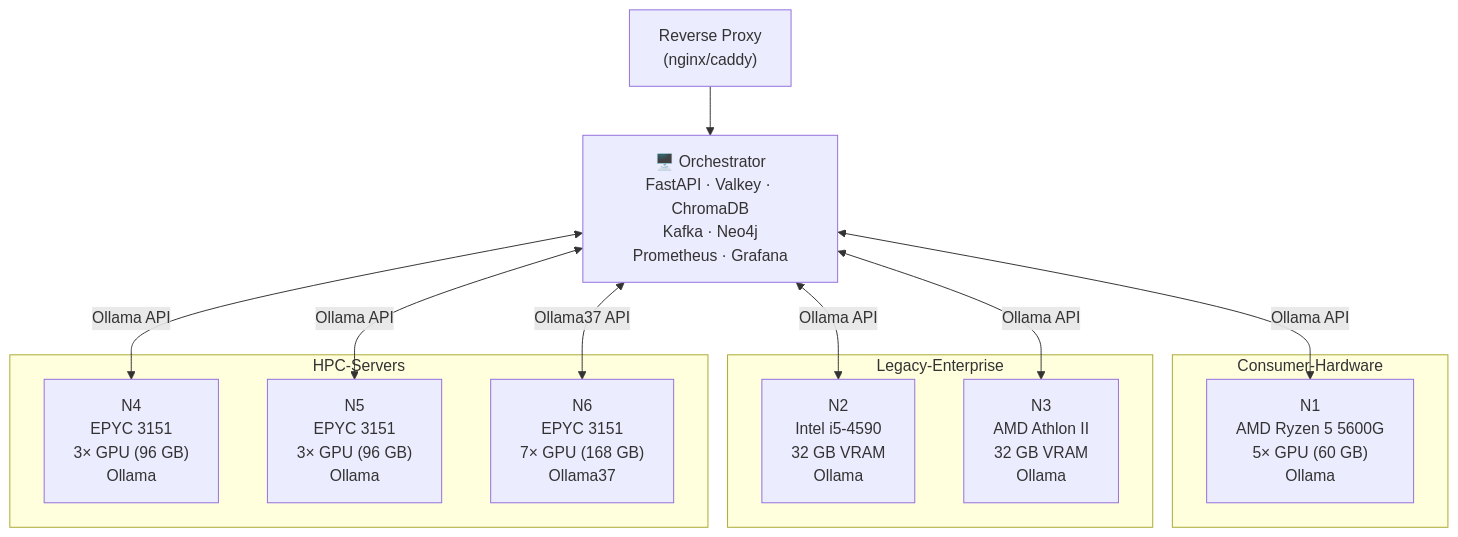
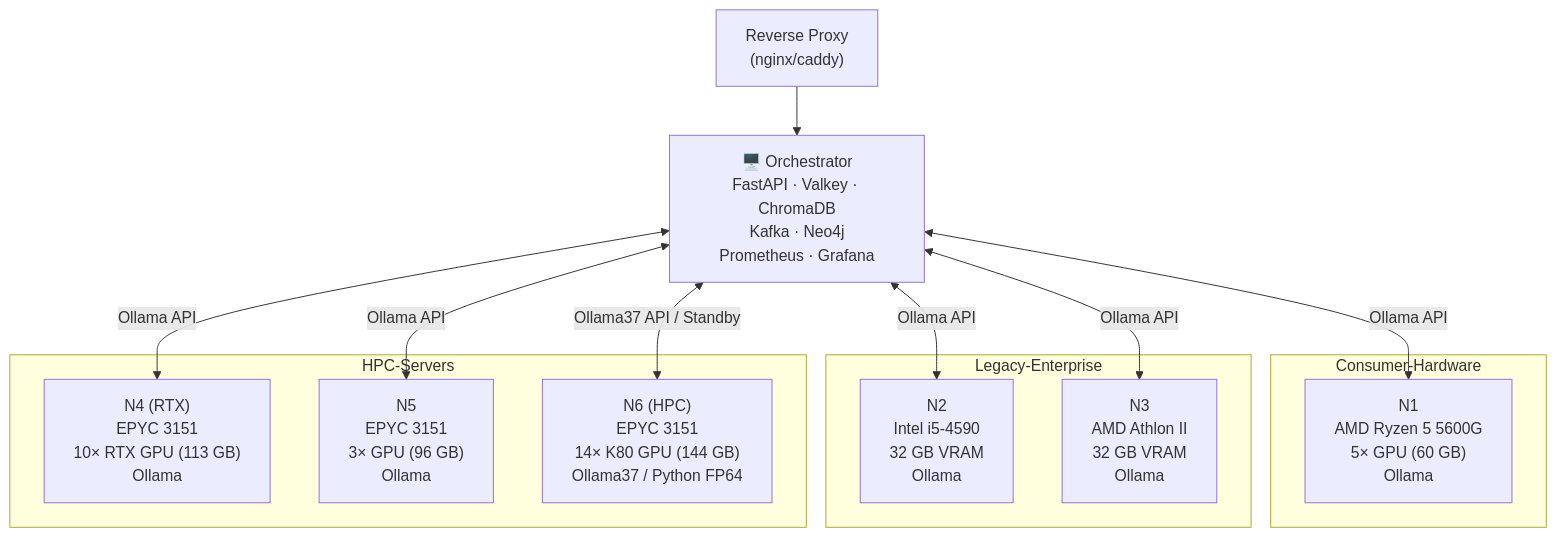
One commit to h3rb3rn/moe-sovereign changed the first of 2 diagrams in docs/system/hardware.md. Above: the diagram before and after it, drawn with Mermaid. The commit also changed other lines of this file and 4 other files, not shown here.

````diff
--- a/docs/system/hardware.md
+++ b/docs/system/hardware.md
@@ -19,27 +19,27 @@
 ```mermaid
 graph TD
     Orchestrator["🖥️ Orchestrator\nFastAPI · Valkey · ChromaDB\nKafka · Neo4j\nPrometheus · Grafana"]
 
     subgraph Consumer-Hardware
         N1["N1\nAMD Ryzen 5 5600G\n5× GPU (60 GB)\nOllama"]
     end
 
     subgraph Legacy-Enterprise
         N2["N2\nIntel i5-4590\n32 GB VRAM\nOllama"]
         N3["N3\nAMD Athlon II\n32 GB VRAM\nOllama"]
     end
 
     subgraph HPC-Servers
-        N4["N4\nEPYC 3151\n3× GPU (96 GB)\nOllama"]
+        N4["N4 (RTX)\nEPYC 3151\n10× RTX GPU (113 GB)\nOllama"]
         N5["N5\nEPYC 3151\n3× GPU (96 GB)\nOllama"]
-        N6["N6\nEPYC 3151\n7× GPU (168 GB)\nOllama37"]
+        N6["N6 (HPC)\nEPYC 3151\n14× K80 GPU (144 GB)\nOllama37 / Python FP64"]
     end
 
     Reverse["Reverse Proxy\n(nginx/caddy)"] --> Orchestrator
     Orchestrator <-->|Ollama API| N1
     Orchestrator <-->|Ollama API| N2
     Orchestrator <-->|Ollama API| N3
     Orchestrator <-->|Ollama API| N4
     Orchestrator <-->|Ollama API| N5
-    Orchestrator <-->|Ollama37 API| N6
+    Orchestrator <-->|Ollama37 API / Standby| N6
 ```
````
